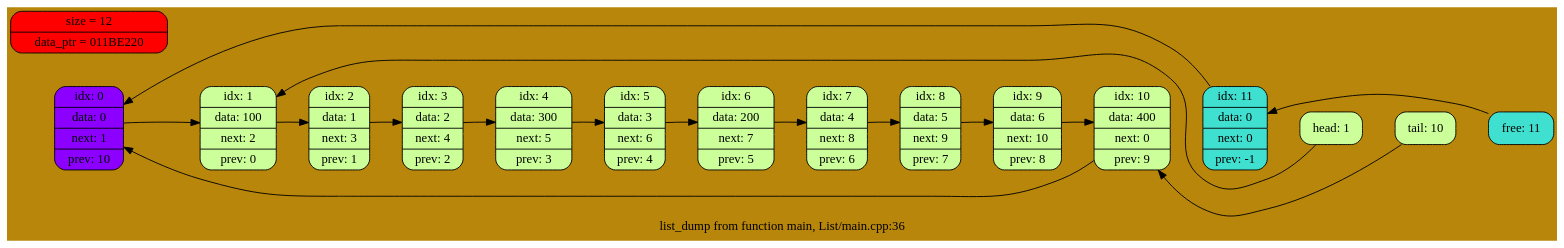
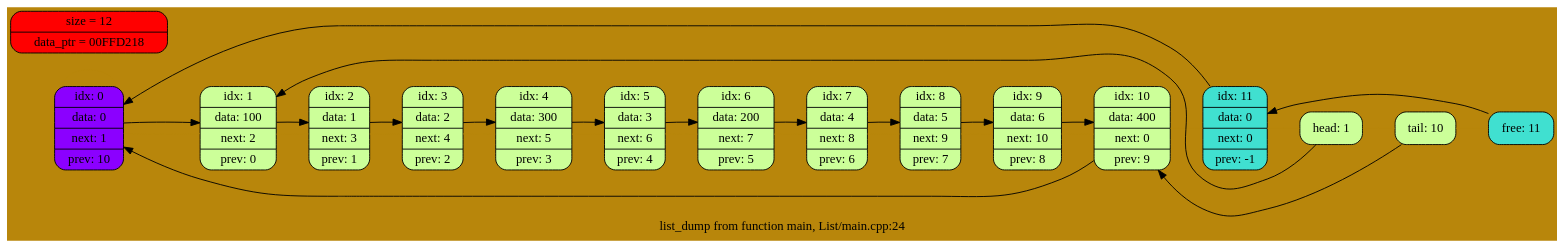
The diagram in dump.dot (EntryFrager/Lists), drawn with Graphviz before and after one commit. The commit also changed 4 other files, not shown here.

```diff
--- a/dump.dot
+++ b/dump.dot
@@ -1,37 +1,37 @@
 digraph List {
 	rankdir = LR;
 	node [shape = record];
 	bgcolor = "#B8860B";
 	0 -> 0 -> 1 -> 2 -> 3 -> 4 -> 5 -> 6 -> 7 -> 8 -> 9 -> 10 -> 11 -> head -> tail -> free[arrowsize = 0.0, weight = 10000, color = "#B8860B"];
 	0 [shape = Mrecord, style = filled, fillcolor = "#8B00FF", label = "idx: 0 | data: 0 | next: 1 | prev: 10"];
 	1 [shape = Mrecord, style = filled, fillcolor = "#ccff99", label = "idx: 1 | data: 100 | next: 2 | prev: 0"];
 	2 [shape = Mrecord, style = filled, fillcolor = "#ccff99", label = "idx: 2 | data: 1 | next: 3 | prev: 1"];
 	3 [shape = Mrecord, style = filled, fillcolor = "#ccff99", label = "idx: 3 | data: 2 | next: 4 | prev: 2"];
 	4 [shape = Mrecord, style = filled, fillcolor = "#ccff99", label = "idx: 4 | data: 300 | next: 5 | prev: 3"];
 	5 [shape = Mrecord, style = filled, fillcolor = "#ccff99", label = "idx: 5 | data: 3 | next: 6 | prev: 4"];
 	6 [shape = Mrecord, style = filled, fillcolor = "#ccff99", label = "idx: 6 | data: 200 | next: 7 | prev: 5"];
 	7 [shape = Mrecord, style = filled, fillcolor = "#ccff99", label = "idx: 7 | data: 4 | next: 8 | prev: 6"];
 	8 [shape = Mrecord, style = filled, fillcolor = "#ccff99", label = "idx: 8 | data: 5 | next: 9 | prev: 7"];
 	9 [shape = Mrecord, style = filled, fillcolor = "#ccff99", label = "idx: 9 | data: 6 | next: 10 | prev: 8"];
 	10 [shape = Mrecord, style = filled, fillcolor = "#ccff99", label = "idx: 10 | data: 400 | next: 0 | prev: 9"];
 	11 [shape = Mrecord, style = filled, fillcolor = "#40E0D0", label = "idx: 11 | data: 0 | next: 0 | prev: -1"];
 	head [shape = Mrecord, style = filled, fillcolor = "#ccff99", label = "head: 1"];
 	tail [shape = Mrecord, style = filled, fillcolor = "#ccff99", label = "tail: 10"];
 	free [shape = Mrecord, style = filled, fillcolor = "#40E0D0", label = "free: 11"];
 	0 -> 1
 	1 -> 2
 	2 -> 3
 	3 -> 4
 	4 -> 5
 	5 -> 6
 	6 -> 7
 	7 -> 8
 	8 -> 9
 	9 -> 10
 	10 -> 0
 	11 -> 0
 	head -> 1
 	tail -> 10
 	free -> 11
-	label = "list_dump from function main, List/main.cpp:36";
-	All[shape = Mrecord, style = filled, fillcolor = "#ff0000", label = "size = 12 | data_ptr = 011BE220"];}
+	label = "list_dump from function main, List/main.cpp:24";
+	All[shape = Mrecord, style = filled, fillcolor = "#ff0000", label = "size = 12 | data_ptr = 00FFD218"];}
```
